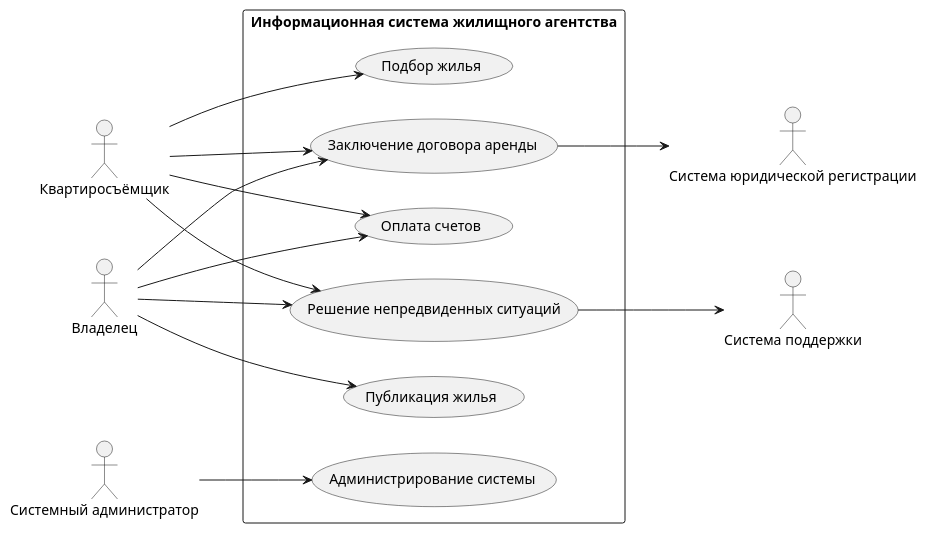
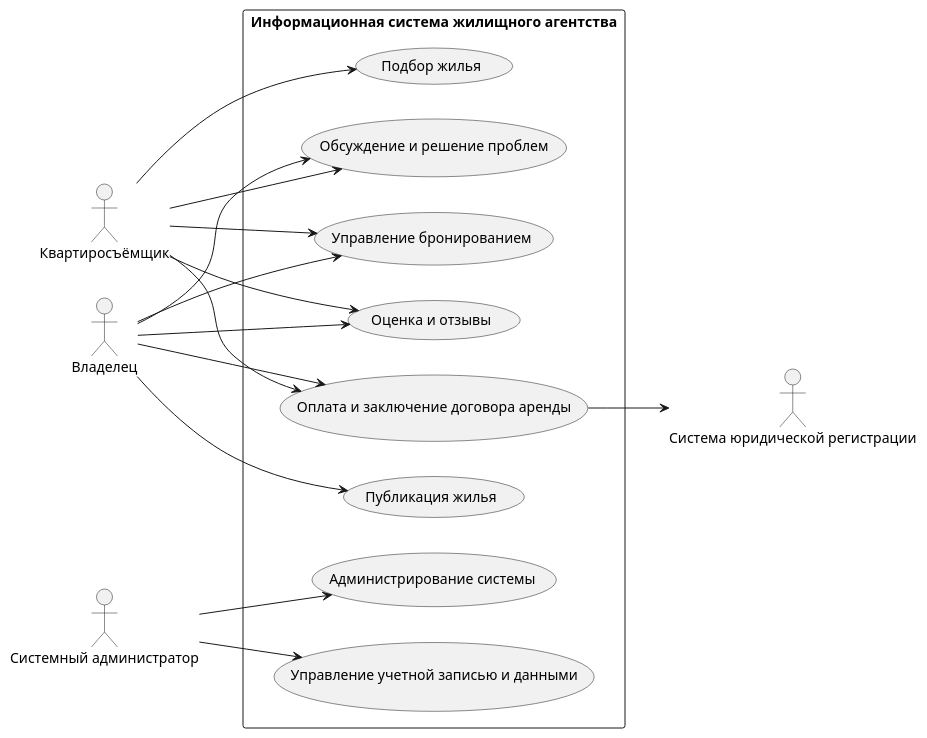
Before and after one commit to penamarth/bsbo-01-22_team4_var8: the diagram in Diagrama_precedent.md, drawn with PlantUML.

Commit message:
Update Diagrama

````diff
--- a/Diagrama_precedent.md
+++ b/Diagrama_precedent.md
@@ -1,39 +1,38 @@
 ```plantuml
 @startuml
 skinparam packageStyle rect
 left to right direction
 
 :Квартиросъёмщик:
 :Владелец:
 :Системный администратор:
 
 package "Информационная система жилищного агентства" {
-(Оплата счетов)
-(Подбор жилья)
-(Публикация жилья)
-(Заключение договора аренды)
-(Администрирование системы)
-(Решение непредвиденных ситуаций)
+  (Оплата и заключение договора аренды)
+  (Подбор жилья)
+  (Публикация жилья)
+  (Управление бронированием)
+  (Оценка и отзывы)
+  (Обсуждение и решение проблем)
+  (Администрирование системы)
+  (Управление учетной записью и данными)
 }
 
 :Квартиросъёмщик: --> (Подбор жилья)
-:Квартиросъёмщик: --> (Заключение договора аренды)
-:Квартиросъёмщик: --> (Оплата счетов)
+:Квартиросъёмщик: --> (Управление бронированием)
+:Квартиросъёмщик: --> (Оплата и заключение договора аренды)
+:Квартиросъёмщик: --> (Оценка и отзывы)
+:Квартиросъёмщик: --> (Обсуждение и решение проблем)
 
 :Владелец: --> (Публикация жилья)
-:Владелец: --> (Заключение договора аренды)
-:Владелец: --> (Оплата счетов)
+:Владелец: --> (Управление бронированием)
+:Владелец: --> (Оплата и заключение договора аренды)
+:Владелец: --> (Оценка и отзывы)
+:Владелец: --> (Обсуждение и решение проблем)
 
 :Системный администратор: --> (Администрирование системы)
+:Системный администратор: --> (Управление учетной записью и данными)
 
-:Владелец: --> (Решение непредвиденных ситуаций)
-:Квартиросъёмщик: --> (Решение непредвиденных ситуаций)
-
-:Система юридической регистрации:
-:Система поддержки:
-
-(Решение непредвиденных ситуаций) --> :Система поддержки:
-(Заключение договора аренды) --> :Система юридической регистрации:
-
+(Оплата и заключение договора аренды) --> :Система юридической регистрации:
 @enduml
 ```
````
